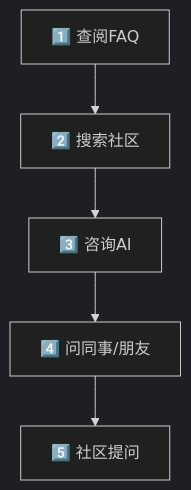
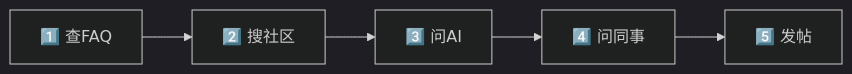
Before and after one commit to Leo-Wei105/vibe-coding-guide: the diagram in 16-常见问题FAQ.md, drawn with Mermaid (dark theme). The commit also changed 9 other files, not shown here.

````diff
--- a/16-常见问题FAQ.md
+++ b/16-常见问题FAQ.md
@@ -825,7 +825,4 @@
 ```mermaid
-flowchart TD
-    A["1️⃣ 查阅FAQ"] --> B["2️⃣ 搜索社区"]
-    B --> C["3️⃣ 咨询AI"]
-    C --> D["4️⃣ 问同事/朋友"]
-    D --> E["5️⃣ 社区提问"]
+flowchart LR
+    A[1️⃣ 查FAQ] --> B[2️⃣ 搜社区] --> C[3️⃣ 问AI] --> D[4️⃣ 问同事] --> E[5️⃣ 发帖]
 ```
````
